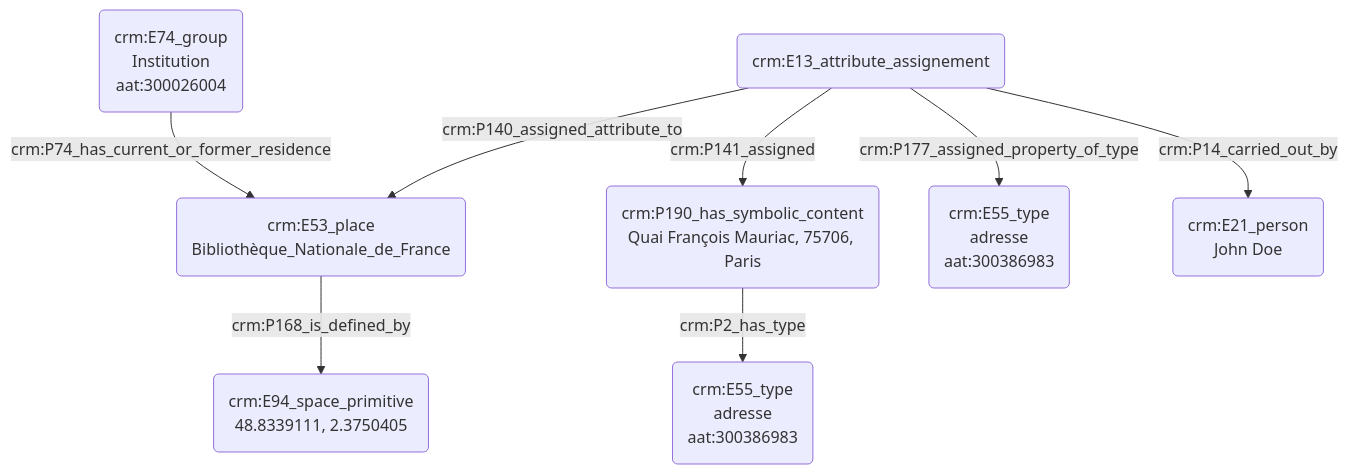
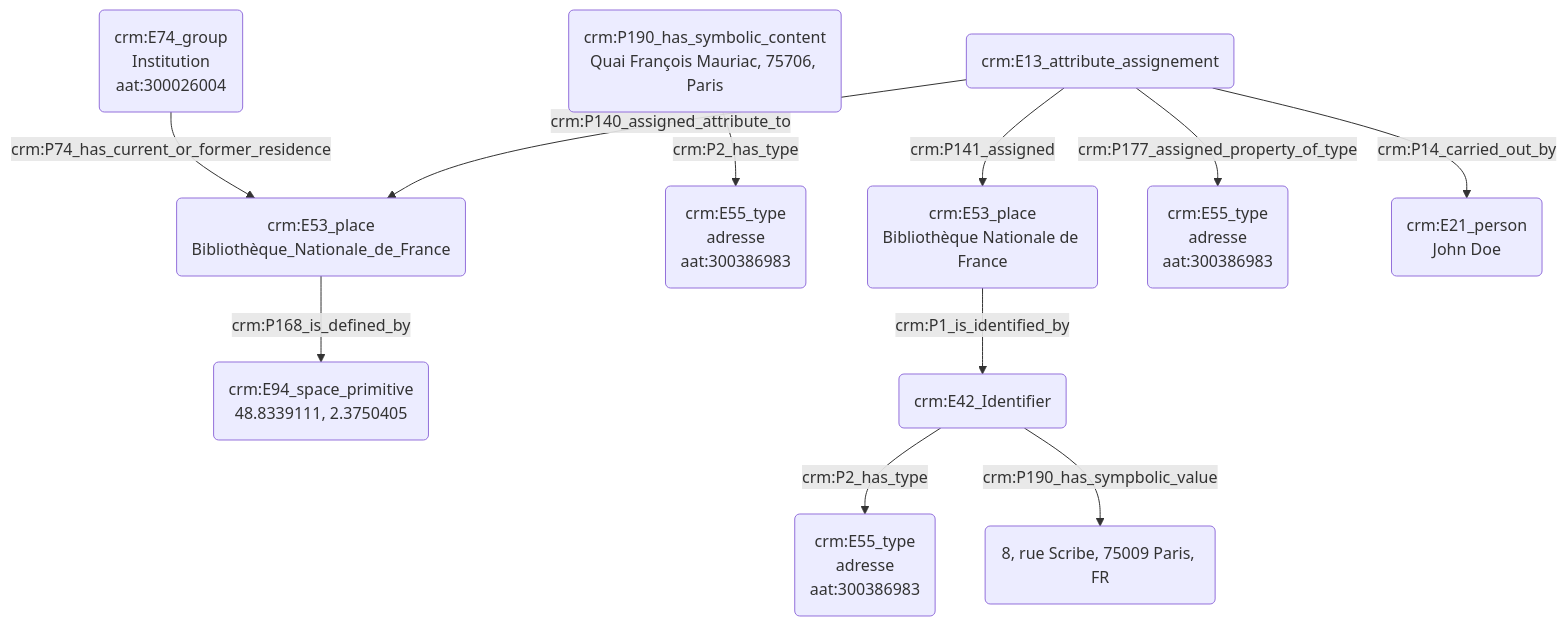
Before and after one commit to Amleth/consortium-musica2-gt2-ontologies: the diagram in modules/livrables/Dossier 2/Indexation conceptuelle/indexation_d_un_lieu.md, drawn with Mermaid.

````diff
--- a/modules/livrables/Dossier 2/Indexation conceptuelle/indexation_d_un_lieu.md
+++ b/modules/livrables/Dossier 2/Indexation conceptuelle/indexation_d_un_lieu.md
@@ -17,14 +17,20 @@
 ```mermaid
 graph TD;
 
 A(crm:E53_place<br>Bibliothèque_Nationale_de_France) --> |crm:P168_is_defined_by| B(crm:E94_space_primitive<br>48.8339111, 2.3750405)
 C(crm:E74_group<br>Institution<br>aat:300026004) --> |crm:P74_has_current_or_former_residence| A(crm:E53_place<br>Bibliothèque_Nationale_de_France)
 D(crm:P190_has_symbolic_content<br>Quai François Mauriac, 75706, Paris) --> |crm:P2_has_type| E(crm:E55_type<br>adresse<br>aat:300386983)
 
 H(crm:E13_attribute_assignement) --> |crm:P140_assigned_attribute_to| A(crm:E53_place<br>Bibliothèque_Nationale_de_France) 
-H(crm:E13_attribute_assignement) --> |crm:P141_assigned| D(crm:P190_has_symbolic_content<br>Quai François Mauriac, 75706, Paris)
+H(crm:E13_attribute_assignement) --> |crm:P141_assigned| I(crm:E53_place<br>Opéra de Paris)
+
+I(crm:E53_place<br>Bibliothèque Nationale de France) --> |crm:P1_is_identified_by| S(crm:E42_Identifier<br>Quai François Mauriac, 75706 Paris)
+S(crm:E42_Identifier) --> |crm:P2_has_type| T(crm:E55_type<br>adresse<br>aat:300386983)
+S(crm:E42_Identifier) --> |crm:P190_has_sympbolic_value| U(8, rue Scribe, 75009 Paris, FR)
+
+
 H(crm:E13_attribute_assignement) --> |crm:P177_assigned_property_of_type| K(crm:E55_type<br>adresse<br>aat:300386983)
 H(crm:E13_attribute_assignement) --> |crm:P14_carried_out_by| J(crm:E21_person<br>John Doe)
 
 
 ```
````
